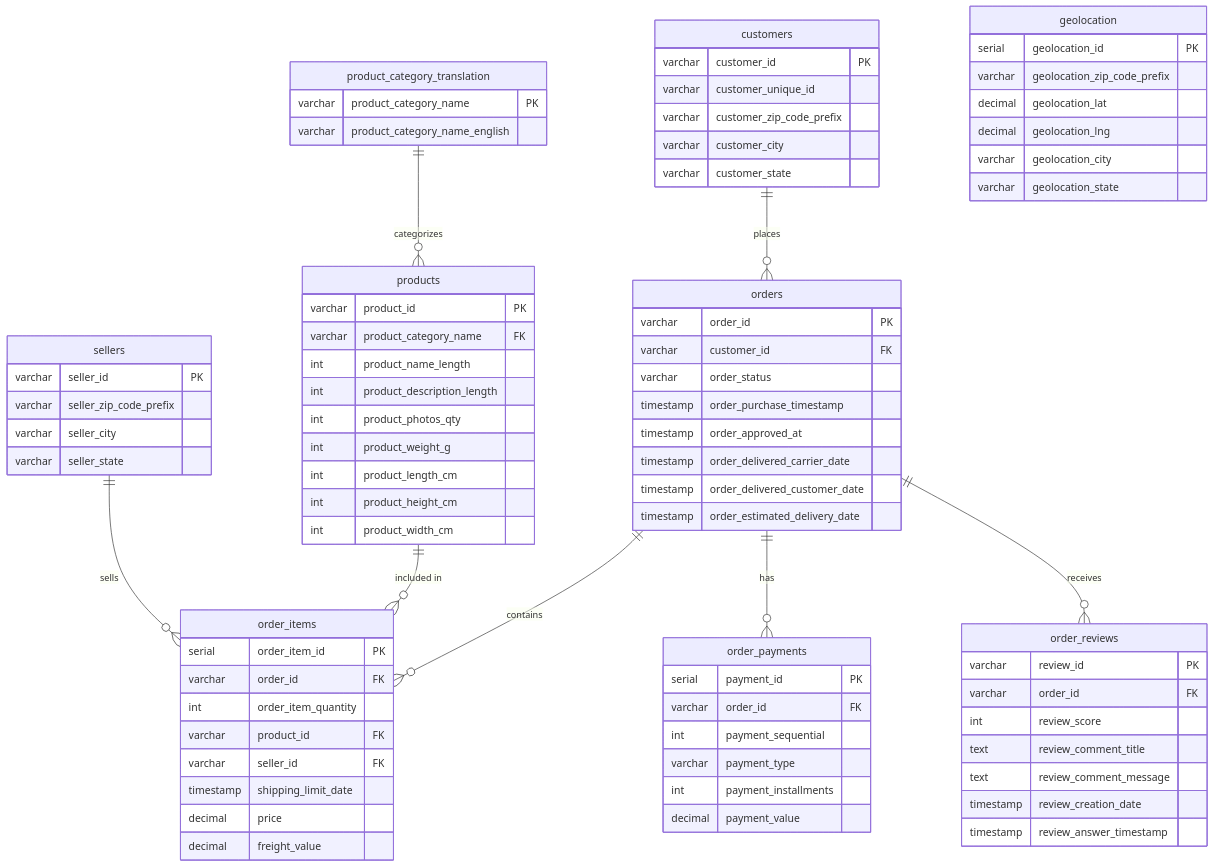
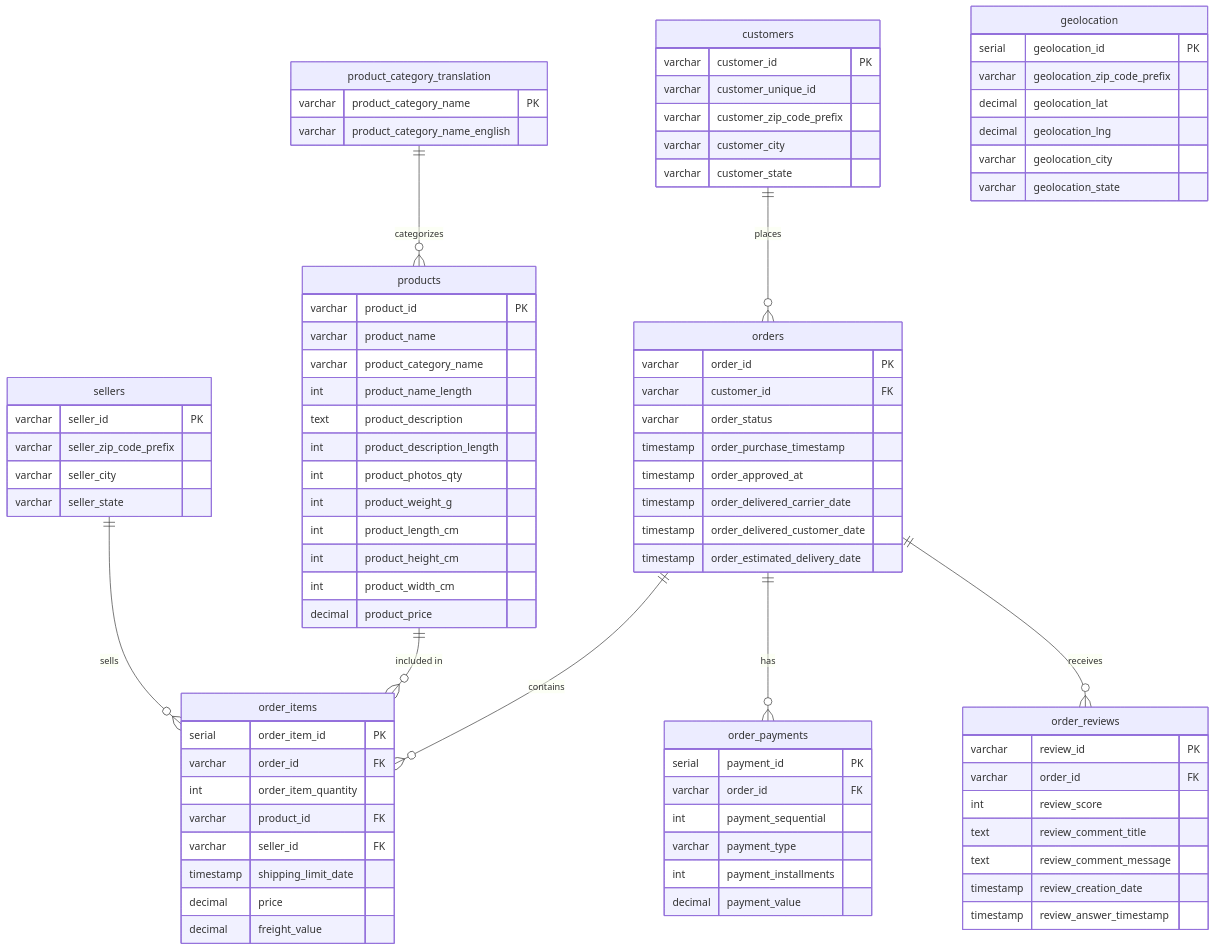
Before and after one commit to morten-l-k/cloud-native-shop: the diagram in database/er-diagram.md, drawn with Mermaid. The commit also changed 2 other files, not shown here.

Commit message:
Prepare data for product description
Product_description column added to olist_product_dataset
file with generic descriptions.

[Ticket: SCRUM-62]

```diff
--- a/database/er-diagram.md
+++ b/database/er-diagram.md
@@ -72,14 +72,17 @@
     
     products {
         varchar product_id PK
-        varchar product_category_name FK
+        varchar product_name
+        varchar product_category_name
         int product_name_length
+        text product_description
         int product_description_length
         int product_photos_qty
         int product_weight_g
         int product_length_cm
         int product_height_cm
         int product_width_cm
+        decimal product_price
     }
     
     sellers {
```
